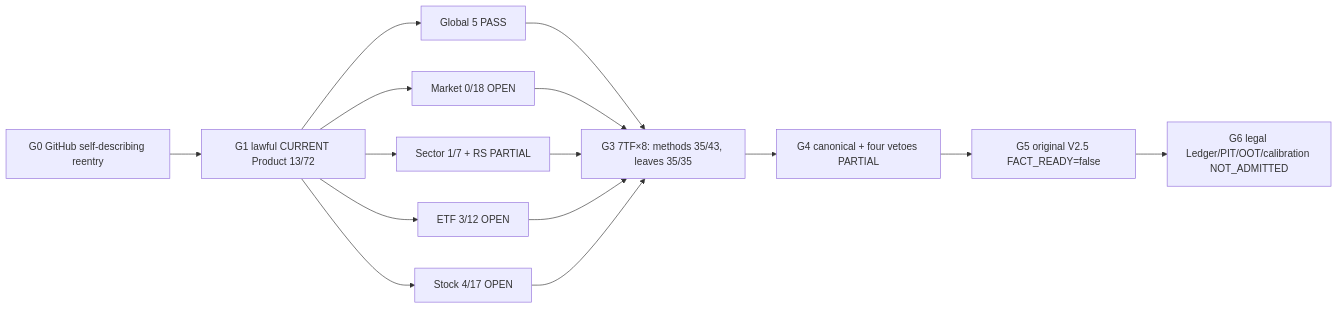
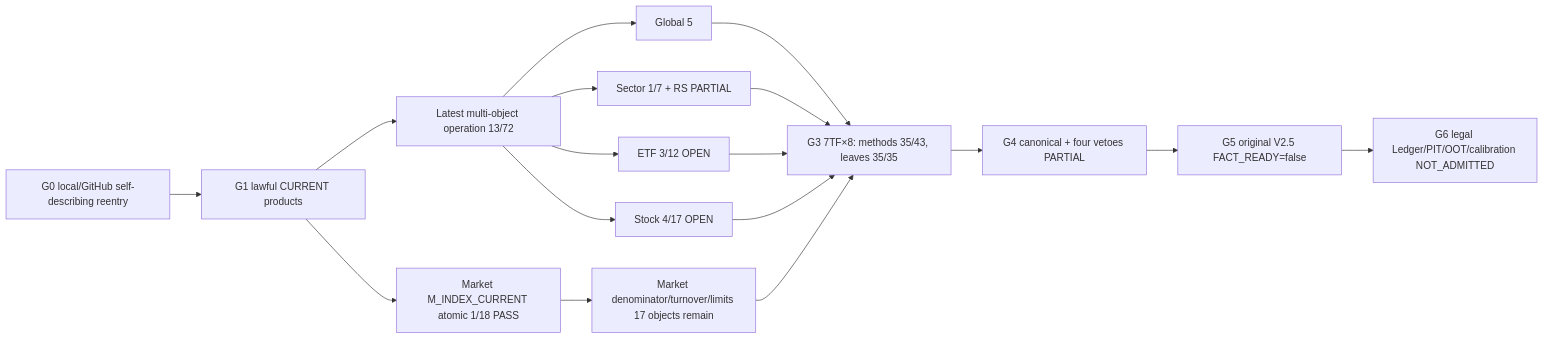
Before and after one commit to leeningzzu/dsa-market-research: the second of 2 diagrams in docs/stock-dsa-roadmap.md, drawn with Mermaid. The commit also changed other lines of this file and 15 other files, not shown here.

````diff
--- a/docs/stock-dsa-roadmap.md
+++ b/docs/stock-dsa-roadmap.md
@@ -68,17 +72,19 @@
 ```mermaid
 flowchart LR
-  G0[G0 GitHub self-describing reentry] --> G1[G1 lawful CURRENT Product 13/72]
-  G1 --> GL[Global 5 PASS]
-  G1 --> MK[Market 0/18 OPEN]
-  G1 --> SC[Sector 1/7 + RS PARTIAL]
-  G1 --> ET[ETF 3/12 OPEN]
-  G1 --> ST[Stock 4/17 OPEN]
+  G0[G0 local/GitHub self-describing reentry] --> G1[G1 lawful CURRENT products]
+  G1 --> OP13[Latest multi-object operation 13/72]
+  G1 --> MK1[Market M_INDEX_CURRENT atomic 1/18 PASS]
+  OP13 --> GL[Global 5]
+  OP13 --> SC[Sector 1/7 + RS PARTIAL]
+  OP13 --> ET[ETF 3/12 OPEN]
+  OP13 --> ST[Stock 4/17 OPEN]
+  MK1 --> MKR[Market denominator/turnover/limits 17 objects remain]
   GL --> G3[G3 7TF×8: methods 35/43, leaves 35/35]
-  MK --> G3
+  MKR --> G3
   SC --> G3
   ET --> G3
   ST --> G3
   G3 --> G4[G4 canonical + four vetoes PARTIAL]
   G4 --> G5[G5 original V2.5 FACT_READY=false]
   G5 --> G6[G6 legal Ledger/PIT/OOT/calibration NOT_ADMITTED]
 ```
````
